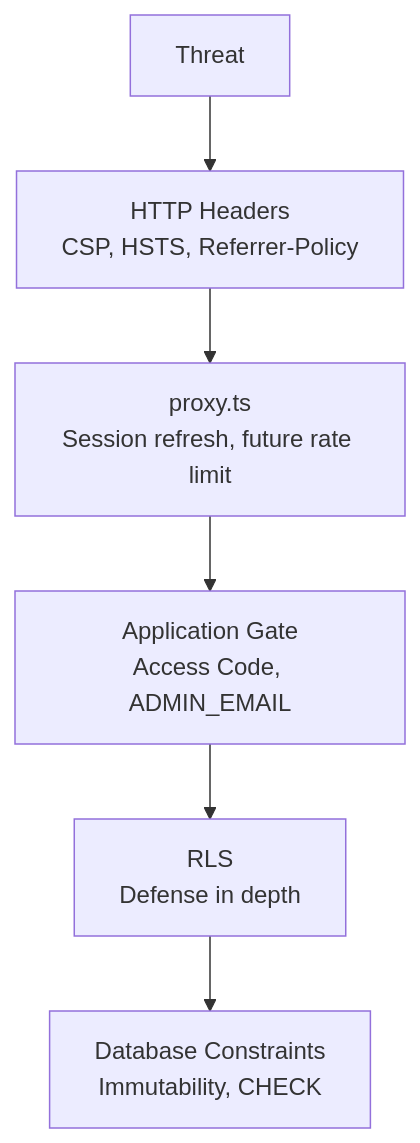
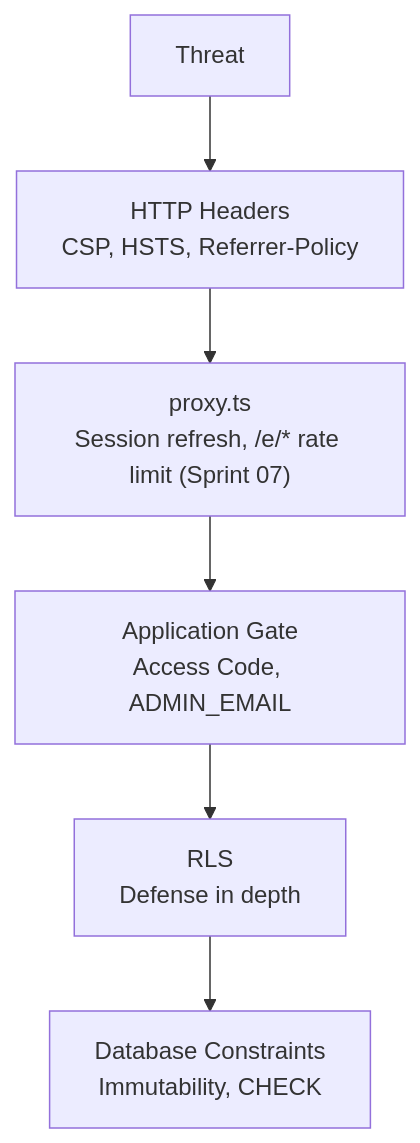
The first of 3 diagrams in docs/04_SECURITY.md (vinoslwly/celebrate-florist), drawn with Mermaid before and after one commit. The commit also changed other lines of this file and 126 other files, not shown here.

````diff
--- a/docs/04_SECURITY.md
+++ b/docs/04_SECURITY.md
@@ -45,11 +45,11 @@
 ```mermaid
 flowchart TD
     T["Threat"]
     H["HTTP Headers<br/>CSP, HSTS, Referrer-Policy"]
-    P["proxy.ts<br/>Session refresh, future rate limit"]
+    P["proxy.ts<br/>Session refresh, /e/* rate limit (Sprint 07)"]
     A["Application Gate<br/>Access Code, ADMIN_EMAIL"]
     R["RLS<br/>Defense in depth"]
     D["Database Constraints<br/>Immutability, CHECK"]
 
     T --> H --> P --> A --> R --> D
 ```
````
